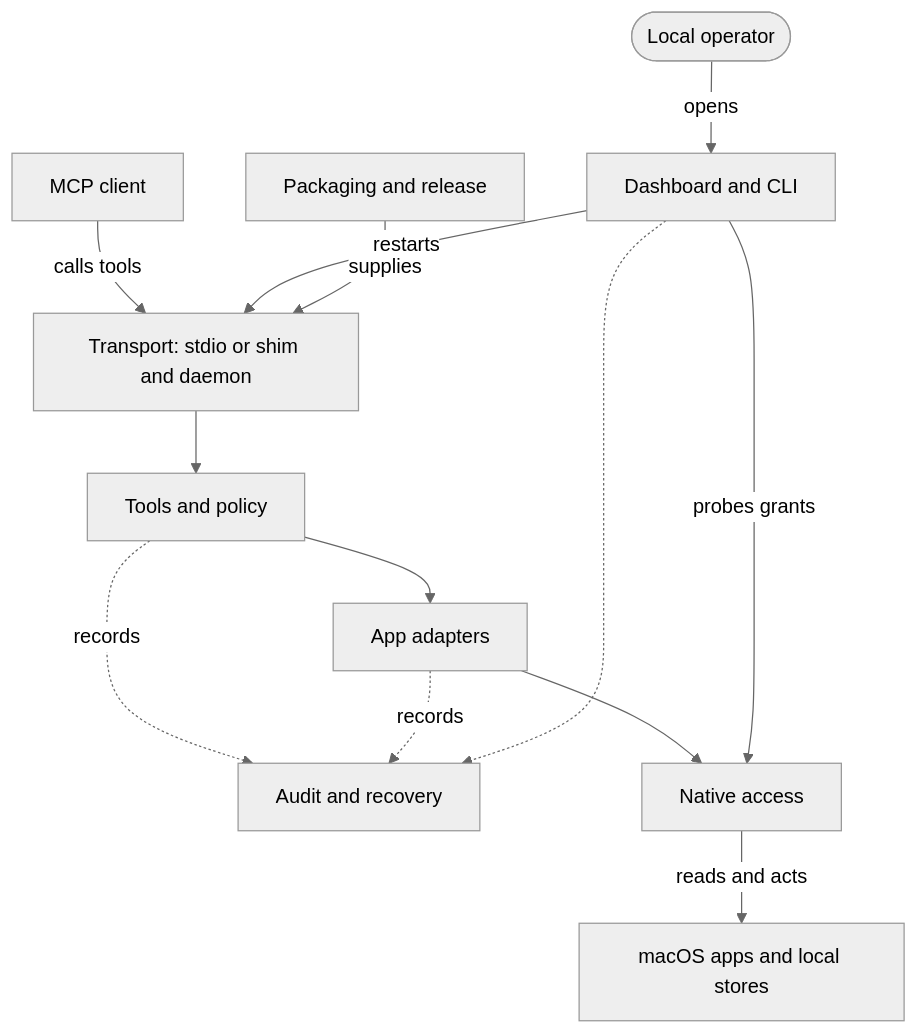
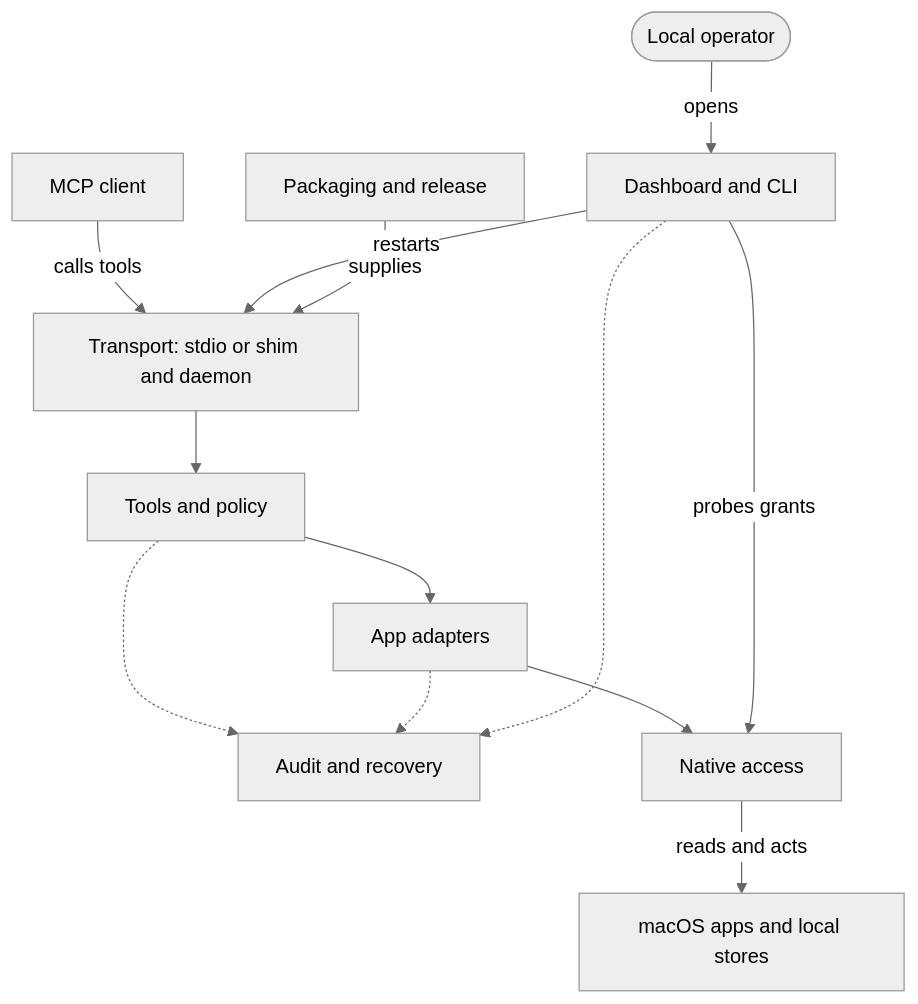
One commit to elfensky/macos-apps-mcp changed the diagram in .planning/architecture/macos-apps-mcp-architecture.md. Above: the diagram before and after it, drawn with Mermaid (neutral theme). The commit also changed 1 other file, not shown here.

Commit message:
docs(architecture): drop the records labels that touch in the column gap

````diff
--- a/.planning/architecture/macos-apps-mcp-architecture.md
+++ b/.planning/architecture/macos-apps-mcp-architecture.md
@@ -28,15 +28,15 @@
 ```mermaid
 flowchart TD
     client["MCP client"] -- calls tools --> transport["Transport: stdio or shim and daemon"]
     transport --> tools-and-policy["Tools and policy"]
     tools-and-policy --> adapters["App adapters"]
-    tools-and-policy -. records .-> audit-and-recovery["Audit and recovery"]
-    adapters -. records .-> audit-and-recovery
+    tools-and-policy -.-> audit-and-recovery["Audit and recovery"]
+    adapters -.-> audit-and-recovery
     adapters --> native-access["Native access"]
     native-access -- reads and acts --> apps["macOS apps and local stores"]
     operator(["Local operator"]) -- opens --> operator-controls["Dashboard and CLI"]
     operator-controls -.-> audit-and-recovery
     operator-controls -- probes grants --> native-access
     operator-controls -- restarts --> transport
     packaging-and-release["Packaging and release"] -- supplies --> transport
 ```
````
